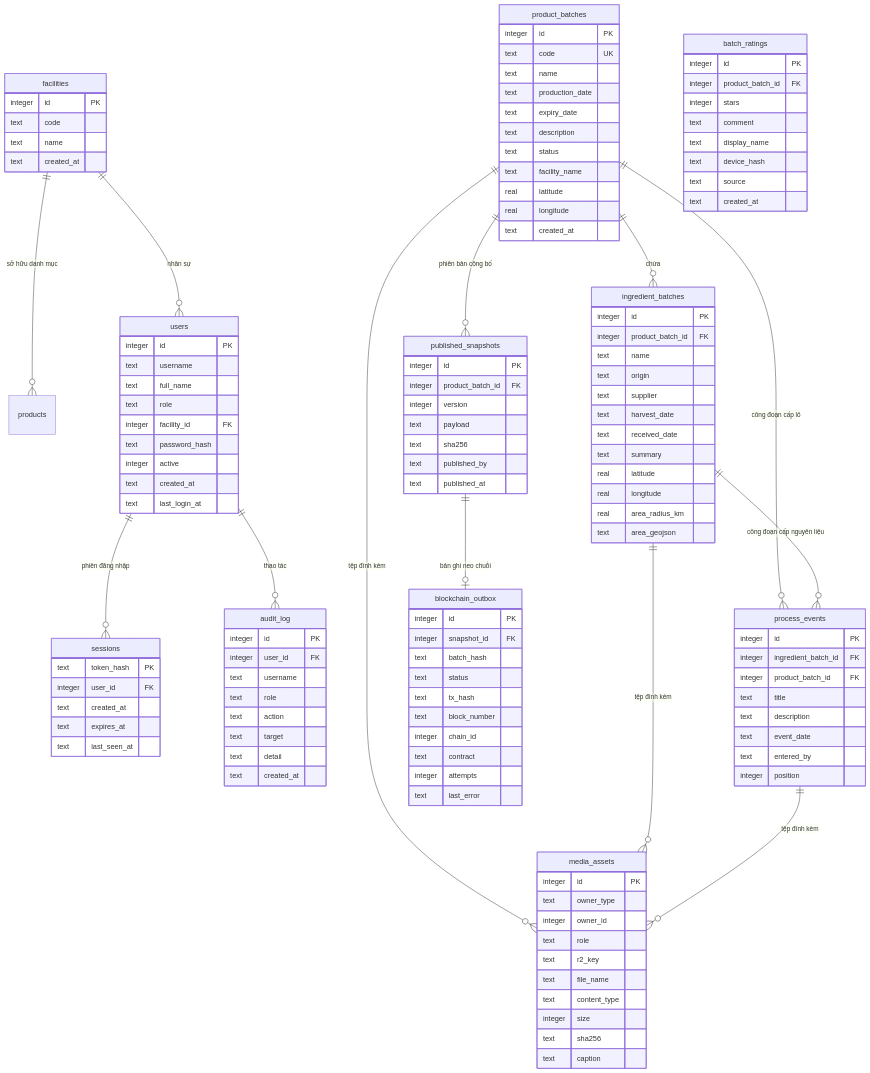
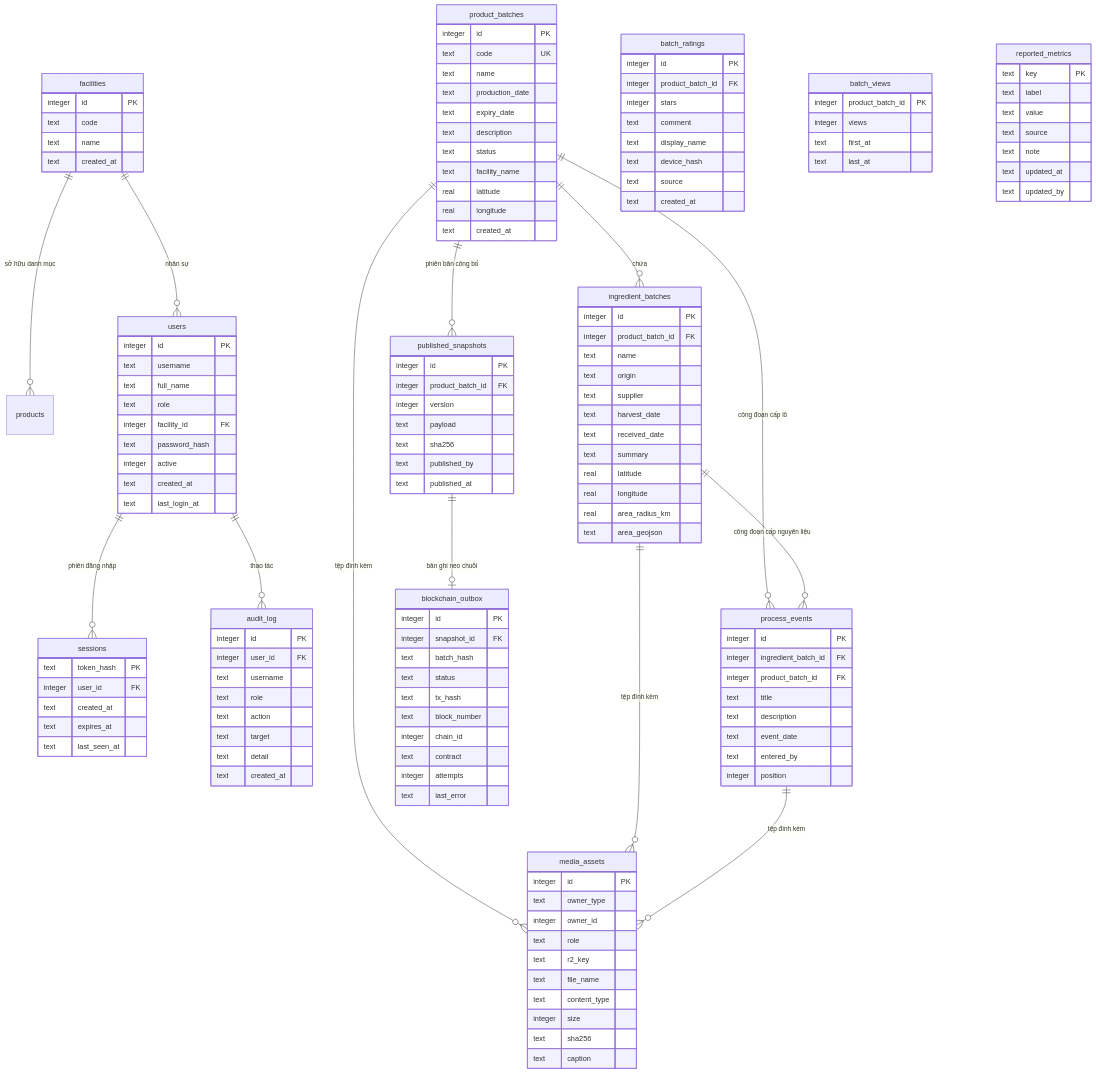
One commit to Smartbreakfast/trace-system changed the second of 4 diagrams in tai-lieu/KIEN_TRUC.md. Above: the diagram before and after it, drawn with Mermaid. The commit also changed other lines of this file and 16 other files, not shown here.

```diff
--- a/tai-lieu/KIEN_TRUC.md
+++ b/tai-lieu/KIEN_TRUC.md
@@ -174,6 +174,21 @@
         text source
         text created_at
     }
+    batch_views {
+        integer product_batch_id PK
+        integer views
+        text first_at
+        text last_at
+    }
+    reported_metrics {
+        text key PK
+        text label
+        text value
+        text source
+        text note
+        text updated_at
+        text updated_by
+    }
     facilities {
         integer id PK
         text code
```
